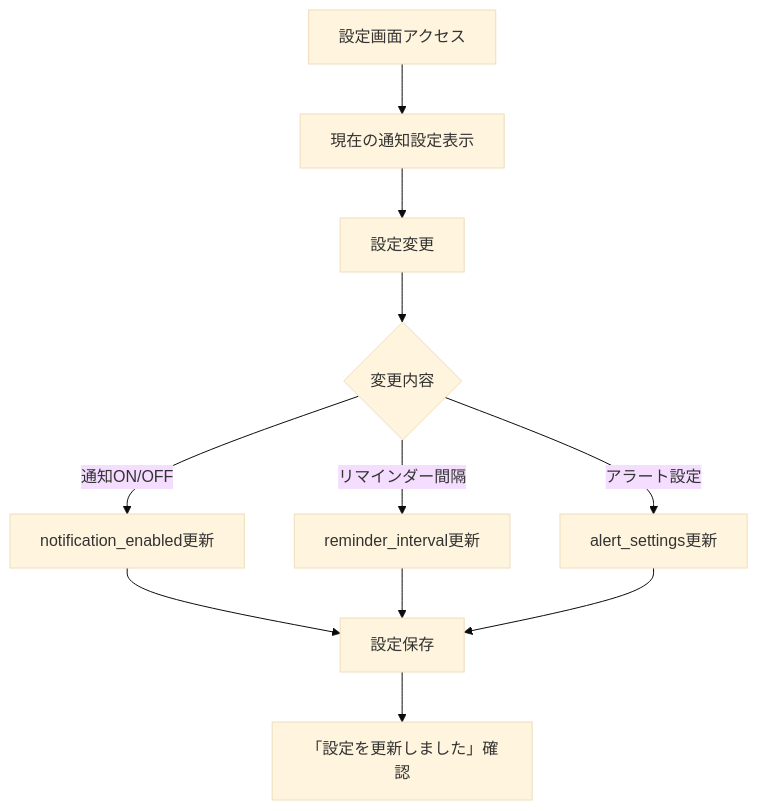
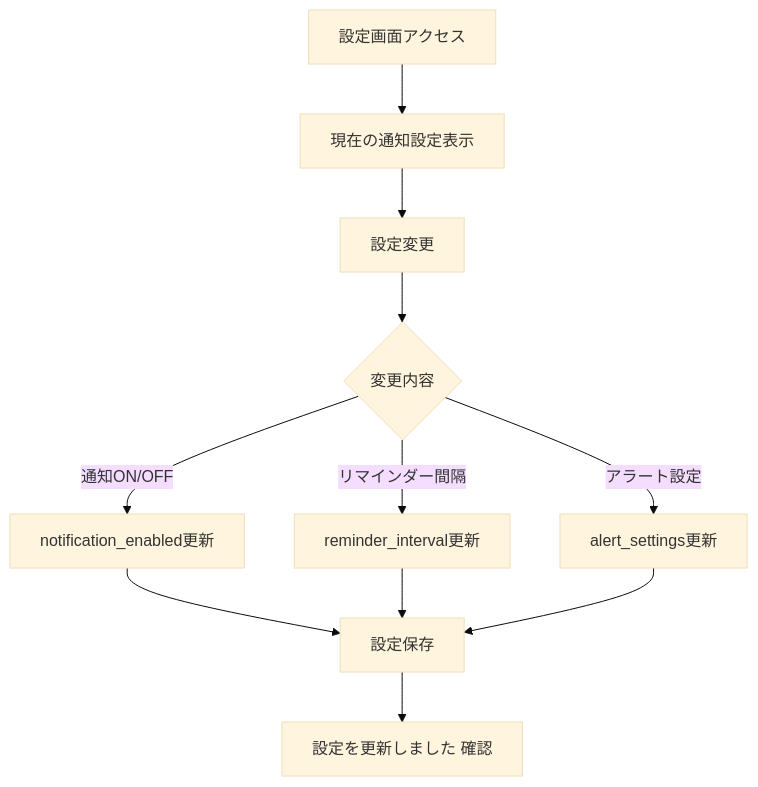
Before and after one commit to UtakataKyosui/RecommendMedicineServer: diagram 14 of 42 in features-flow.md, drawn with Mermaid (base theme). The commit also changed other lines of this file, not shown here.

First line of the commit message:
docs: Update features-flow.md

````diff
--- a/features-flow.md
+++ b/features-flow.md
@@ -274,13 +274,13 @@
 ```mermaid
 graph TD
     A[設定画面アクセス] --> B[現在の通知設定表示]
     B --> C[設定変更]
     C --> D{変更内容}
     D -->|通知ON/OFF| E[notification_enabled更新]
     D -->|リマインダー間隔| F[reminder_interval更新]
     D -->|アラート設定| G[alert_settings更新]
     E --> H[設定保存]
     F --> H
     G --> H
-    H --> I[「設定を更新しました」確認]
+    H --> I[設定を更新しました 確認]
 ```
````
